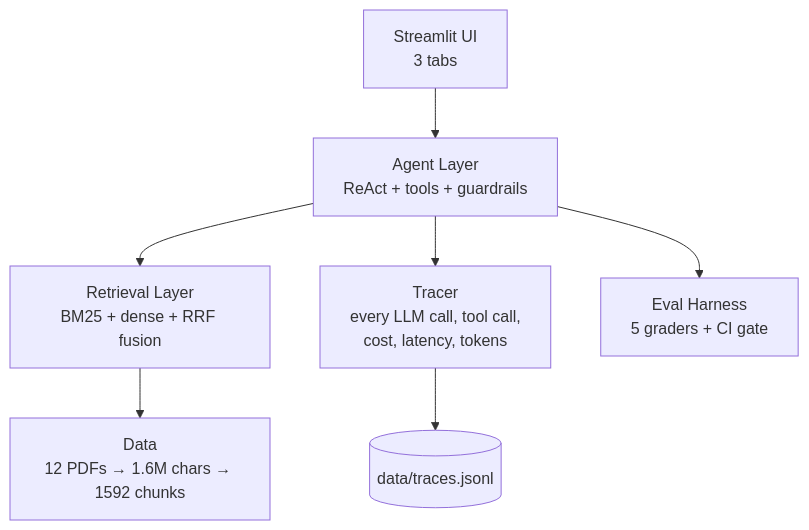
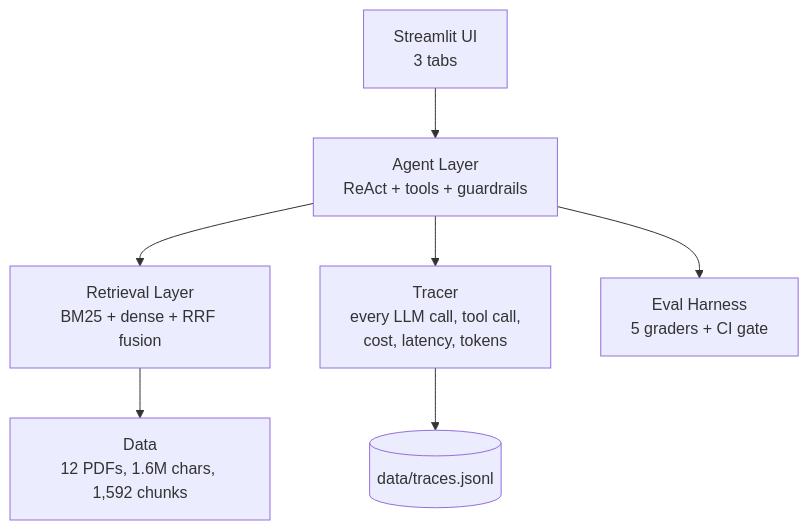
Before and after one commit to sudo-sagar/Claimpilot: the diagram in README.md, drawn with Mermaid.

````diff
--- a/README.md
+++ b/README.md
@@ -6,9 +6,9 @@
 ```mermaid
 graph TD
     A[Streamlit UI<br/>3 tabs] --> B[Agent Layer<br/>ReAct + tools + guardrails]
     B --> C[Retrieval Layer<br/>BM25 + dense + RRF fusion]
     B --> D[Tracer<br/>every LLM call, tool call,<br/>cost, latency, tokens]
-    C --> E[Data<br/>12 PDFs → 1.6M chars → 1592 chunks]
+    C --> E[Data<br/>12 PDFs, 1.6M chars, 1,592 chunks]
     B --> F[Eval Harness<br/>5 graders + CI gate]
     D --> G[(data/traces.jsonl)]
 ```
````
